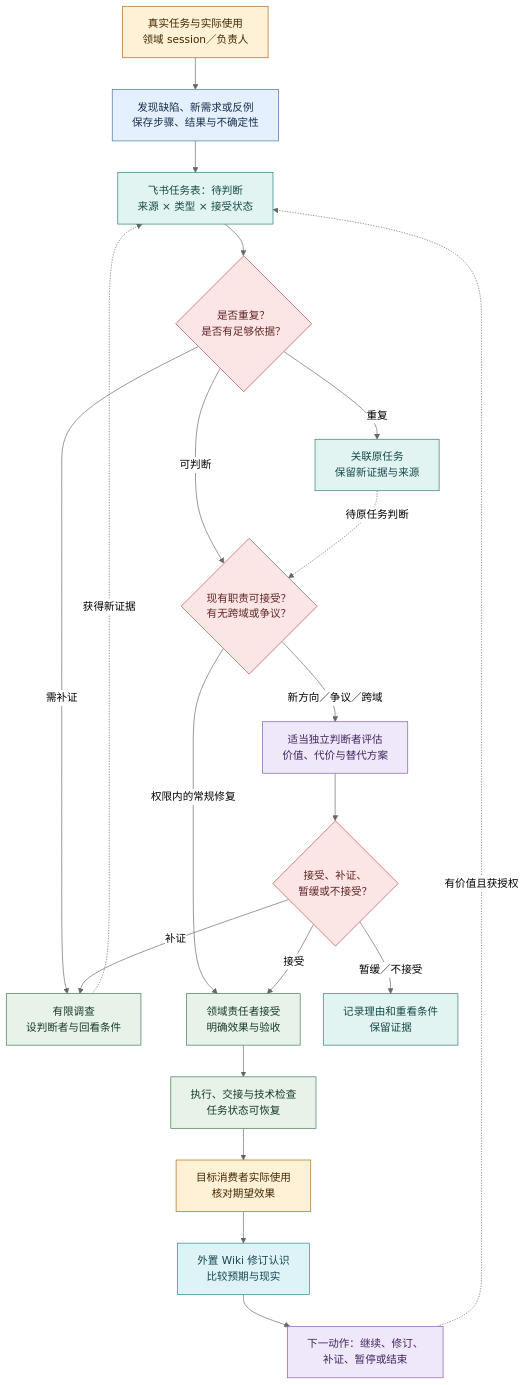
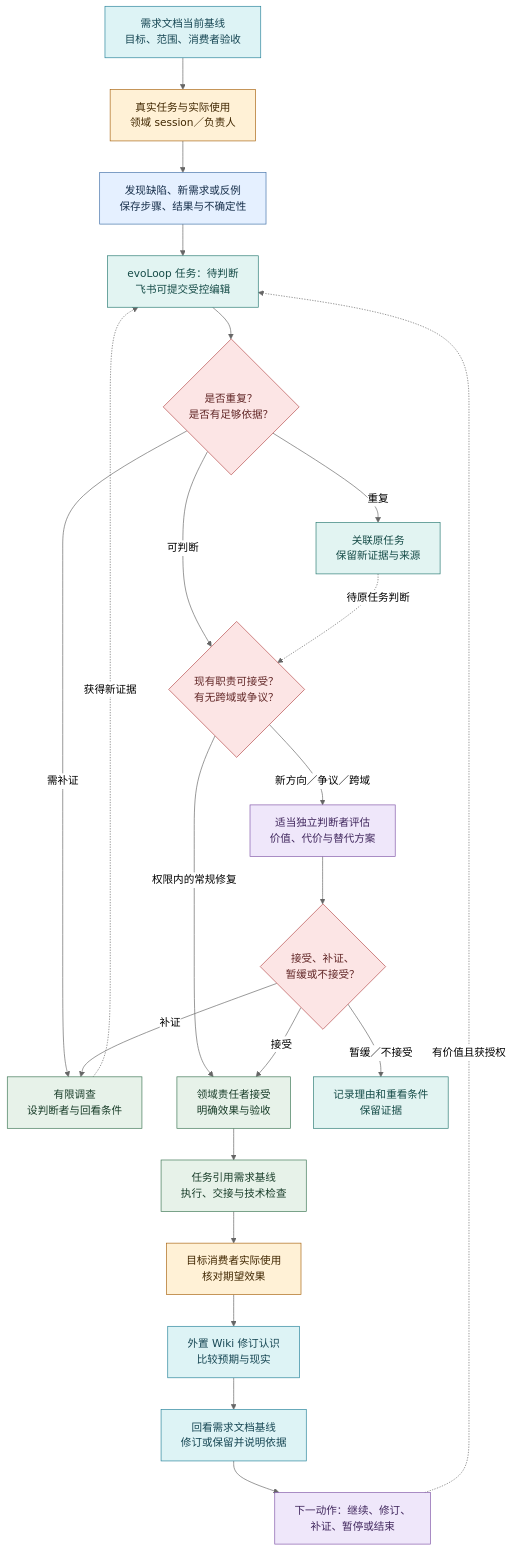
One commit to cyl19970726/evoLoop changed the diagram in docs/product/daily-loop.md. Above: the diagram before and after it, drawn with Mermaid (neutral theme). The commit also changed other lines of this file and 20 other files, not shown here.

````diff
--- a/docs/product/daily-loop.md
+++ b/docs/product/daily-loop.md
@@ -9,30 +9,32 @@
 ```mermaid
 %%{init: {"flowchart":{"wrappingWidth":240,"nodeSpacing":35,"rankSpacing":48}}}%%
 flowchart TB
-  U["真实任务与实际使用<br/>领域 session／负责人"]:::use --> O["发现缺陷、新需求或反例<br/>保存步骤、结果与不确定性"]:::evidence
-  O --> P["飞书任务表：待判断<br/>来源 × 类型 × 接受状态"]:::task
+  B["需求文档当前基线<br/>目标、范围、消费者验收"]:::knowledge --> U["真实任务与实际使用<br/>领域 session／负责人"]:::use
+  U --> O["发现缺陷、新需求或反例<br/>保存步骤、结果与不确定性"]:::evidence
+  O --> P["evoLoop 任务：待判断<br/>飞书可提交受控编辑"]:::task
   P --> D{"是否重复？<br/>是否有足够依据？"}:::decision
   D -->|重复| M["关联原任务<br/>保留新证据与来源"]:::task
   D -->|需补证| X["有限调查<br/>设判断者与回看条件"]:::action
   D -->|可判断| T{"现有职责可接受？<br/>有无跨域或争议？"}:::decision
   T -->|权限内的常规修复| A["领域责任者接受<br/>明确效果与验收"]:::action
   T -->|新方向／争议／跨域| R["适当独立判断者评估<br/>价值、代价与替代方案"]:::cognition
   R --> C{"接受、补证、<br/>暂缓或不接受？"}:::decision
   C -->|接受| A
   C -->|补证| X
   C -->|暂缓／不接受| L["记录理由和重看条件<br/>保留证据"]:::task
-  A --> W["执行、交接与技术检查<br/>任务状态可恢复"]:::action
+  A --> W["任务引用需求基线<br/>执行、交接与技术检查"]:::action
   W --> V["目标消费者实际使用<br/>核对期望效果"]:::use
   V --> K["外置 Wiki 修订认识<br/>比较预期与现实"]:::knowledge
-  K --> N["下一动作：继续、修订、<br/>补证、暂停或结束"]:::cognition
+  K --> Q["回看需求文档基线<br/>修订或保留并说明依据"]:::knowledge
+  Q --> N["下一动作：继续、修订、<br/>补证、暂停或结束"]:::cognition
   N -.->|有价值且获授权| P
   M -.->|待原任务判断| T
   X -.->|获得新证据| P
   classDef use fill:#FFF1D6,stroke:#A86412,color:#402700
   classDef evidence fill:#E5F0FF,stroke:#4270A8,color:#172F4B
   classDef task fill:#E2F4F2,stroke:#297A73,color:#154B47
   classDef decision fill:#FCE5E5,stroke:#B44949,color:#612626
   classDef cognition fill:#EFE7FA,stroke:#8056A8,color:#40275D
   classDef action fill:#E7F2E9,stroke:#3C7654,color:#183C28
   classDef knowledge fill:#DDF3F5,stroke:#27839A,color:#164653
 ```
````
